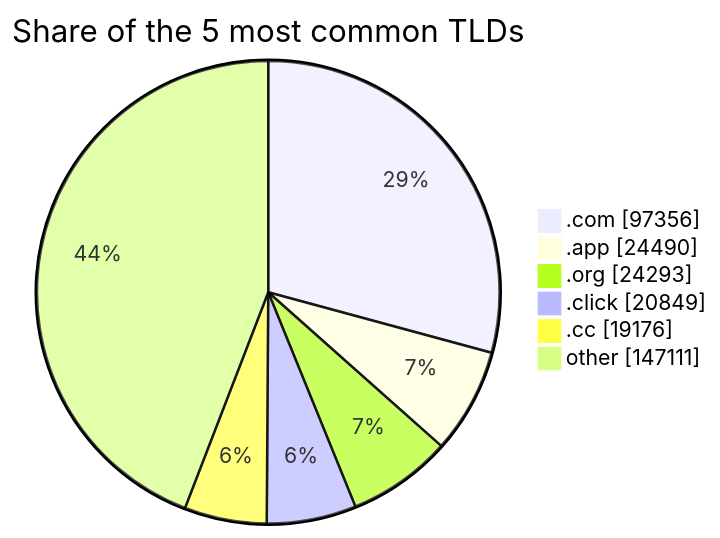
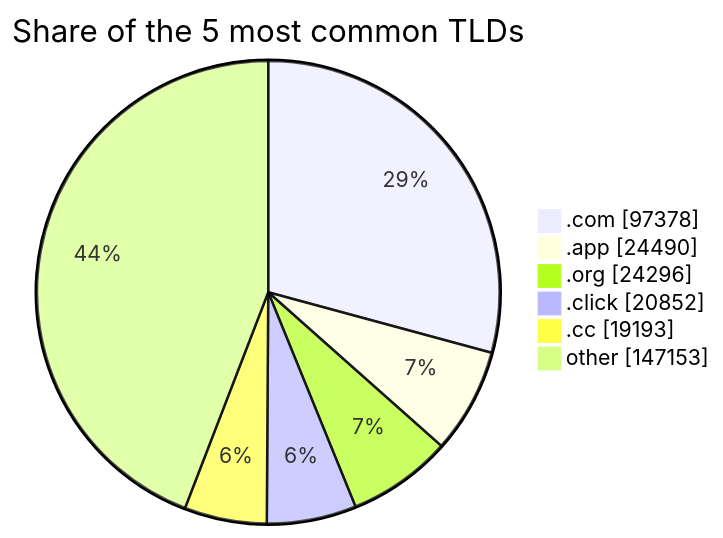
Before and after one commit to DNSBunker/CTI: the third of 3 diagrams in README.md, drawn with Mermaid. The commit also changed other lines of this file and 4 other files, not shown here.

````diff
--- a/README.md
+++ b/README.md
@@ -81,9 +81,9 @@
 ```mermaid
 pie showData title Share of the 5 most common TLDs
-    ".com" : 97356
+    ".com" : 97378
     ".app" : 24490
-    ".org" : 24293
-    ".click" : 20849
-    ".cc" : 19176
-    "other" : 147111
+    ".org" : 24296
+    ".click" : 20852
+    ".cc" : 19193
+    "other" : 147153
 ```
````
